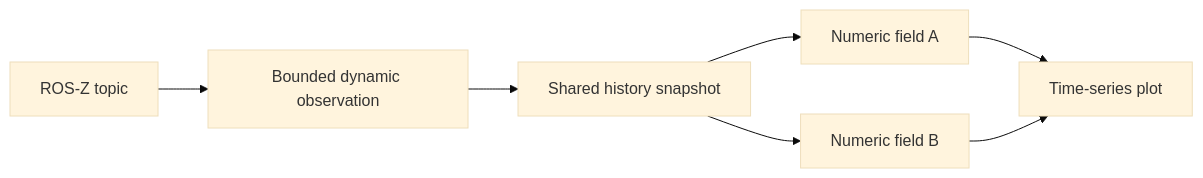
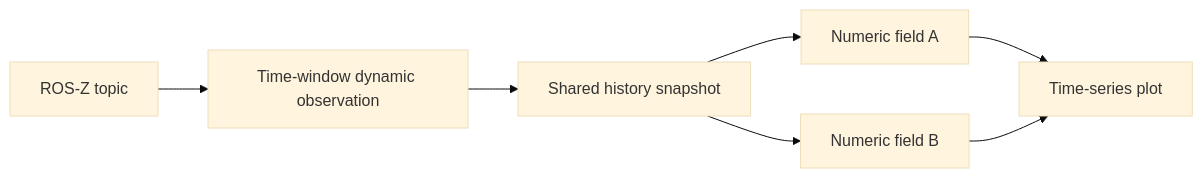
One commit to HULKs/hulk changed the diagram in docs/tooling/twix.md. Above: the diagram before and after it, drawn with Mermaid (base theme). The commit also changed other lines of this file and 3 other files, not shown here.

First line of the commit message:
Retain the full time window in Twix plots

````diff
--- a/docs/tooling/twix.md
+++ b/docs/tooling/twix.md
@@ -151,9 +152,9 @@
 ```mermaid
 flowchart LR
-    Topic[ROS-Z topic] --> Cache[Bounded dynamic observation]
+    Topic[ROS-Z topic] --> Cache[Time-window dynamic observation]
     Cache --> Snapshot[Shared history snapshot]
     Snapshot --> FieldA[Numeric field A]
     Snapshot --> FieldB[Numeric field B]
     FieldA --> Plot[Time-series plot]
     FieldB --> Plot
 ```
````
